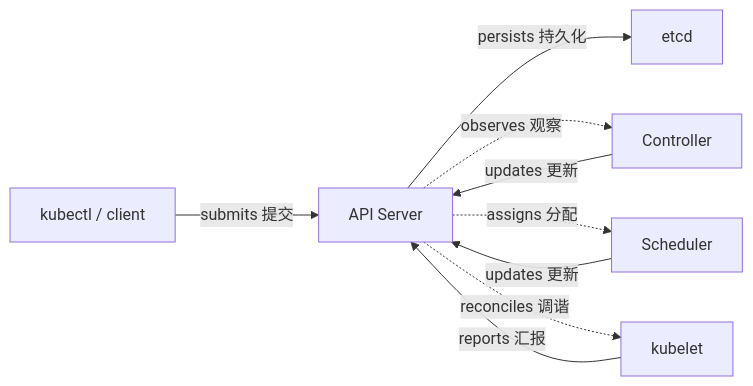
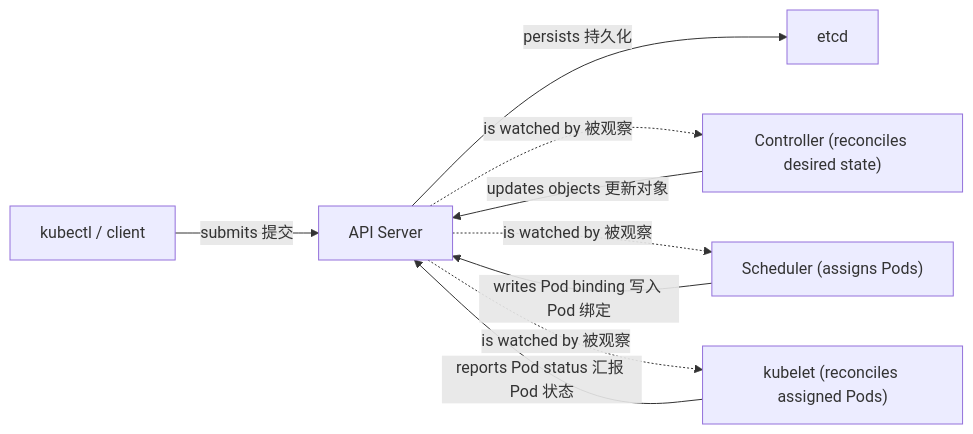
One commit to liufashi-Mr/cloud-native-docs changed the fourth of 4 diagrams in docs/index.md. Above: the diagram before and after it, drawn with Mermaid. The commit also changed other lines of this file and 2 other files, not shown here.

````diff
--- a/docs/index.md
+++ b/docs/index.md
@@ -75,11 +81,11 @@
 ```mermaid
 flowchart LR
   K["kubectl / client"] -->|submits 提交| A["API Server"]
   A -->|persists 持久化| E["etcd"]
-  A -.->|observes 观察| CO["Controller"]
-  A -.->|assigns 分配| SC["Scheduler"]
-  A -.->|reconciles 调谐| KL["kubelet"]
-  CO -->|updates 更新| A
-  SC -->|updates 更新| A
-  KL -->|reports 汇报| A
+  A -.->|is watched by 被观察| CO["Controller (reconciles desired state)"]
+  A -.->|is watched by 被观察| SC["Scheduler (assigns Pods)"]
+  A -.->|is watched by 被观察| KL["kubelet (reconciles assigned Pods)"]
+  CO -->|updates objects 更新对象| A
+  SC -->|writes Pod binding 写入 Pod 绑定| A
+  KL -->|reports Pod status 汇报 Pod 状态| A
 ```
````
